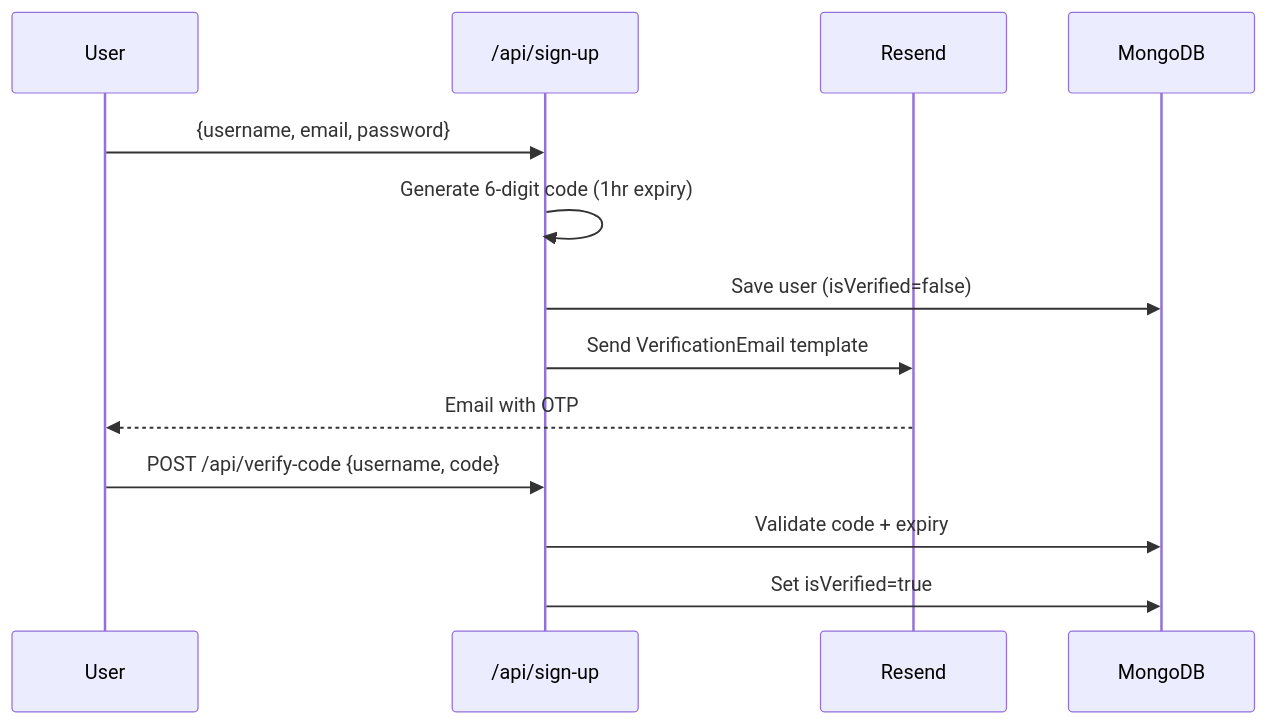
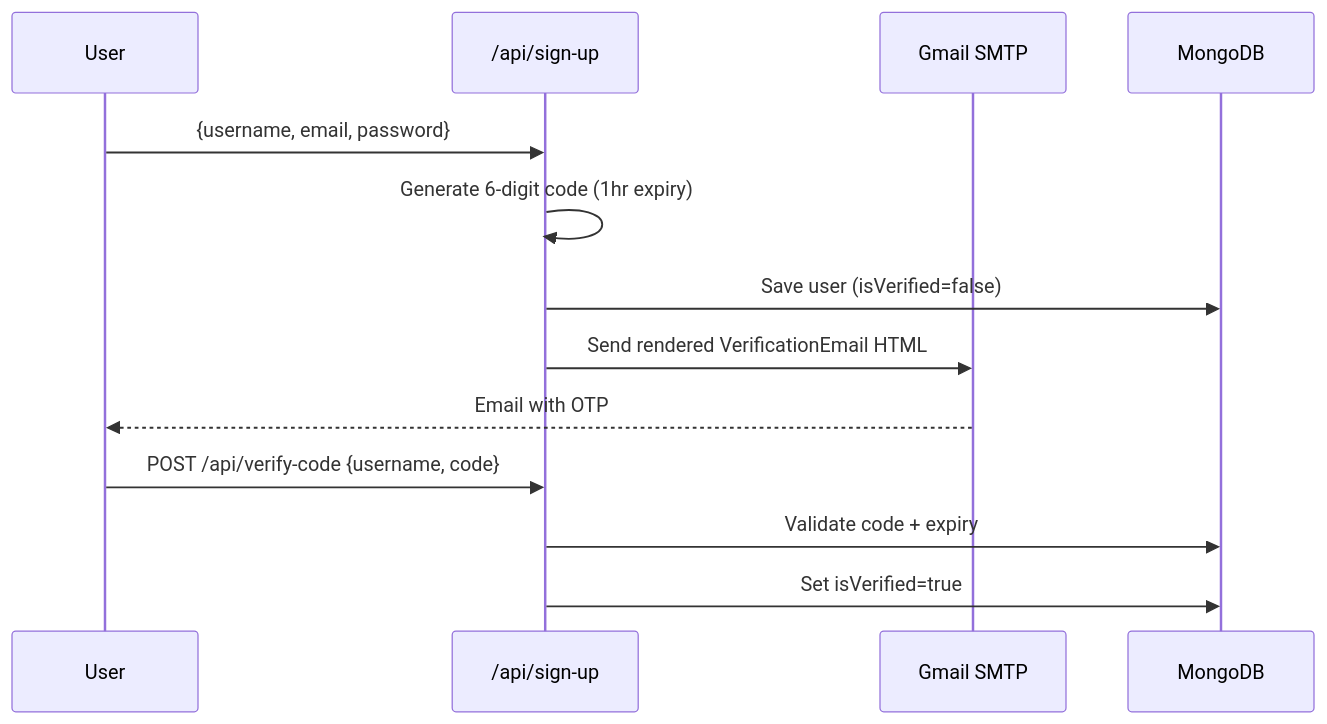
The third of 5 diagrams in README.md (gativarshney/mysterymessage), drawn with Mermaid before and after one commit. The commit also changed other lines of this file and 10 other files, not shown here.

Commit message:
fix: switch verification email to free Gmail SMTP

````diff
--- a/README.md
+++ b/README.md
@@ -117,15 +117,15 @@
 ```mermaid
 sequenceDiagram
     participant U as User
     participant API as /api/sign-up
-    participant Resend
+    participant Gmail as Gmail SMTP
     participant DB as MongoDB
     U->>API: {username, email, password}
     API->>API: Generate 6-digit code (1hr expiry)
     API->>DB: Save user (isVerified=false)
-    API->>Resend: Send VerificationEmail template
-    Resend-->>U: Email with OTP
+    API->>Gmail: Send rendered VerificationEmail HTML
+    Gmail-->>U: Email with OTP
     U->>API: POST /api/verify-code {username, code}
     API->>DB: Validate code + expiry
     API->>DB: Set isVerified=true
 ```
````
